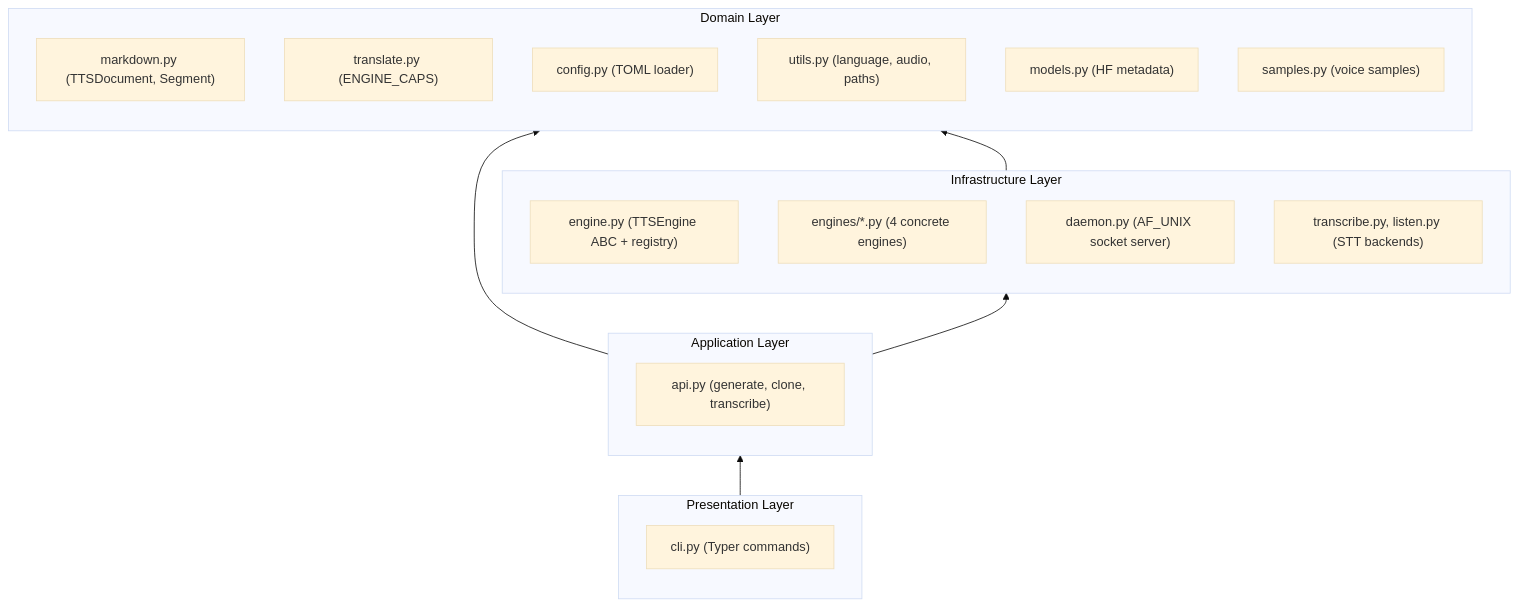
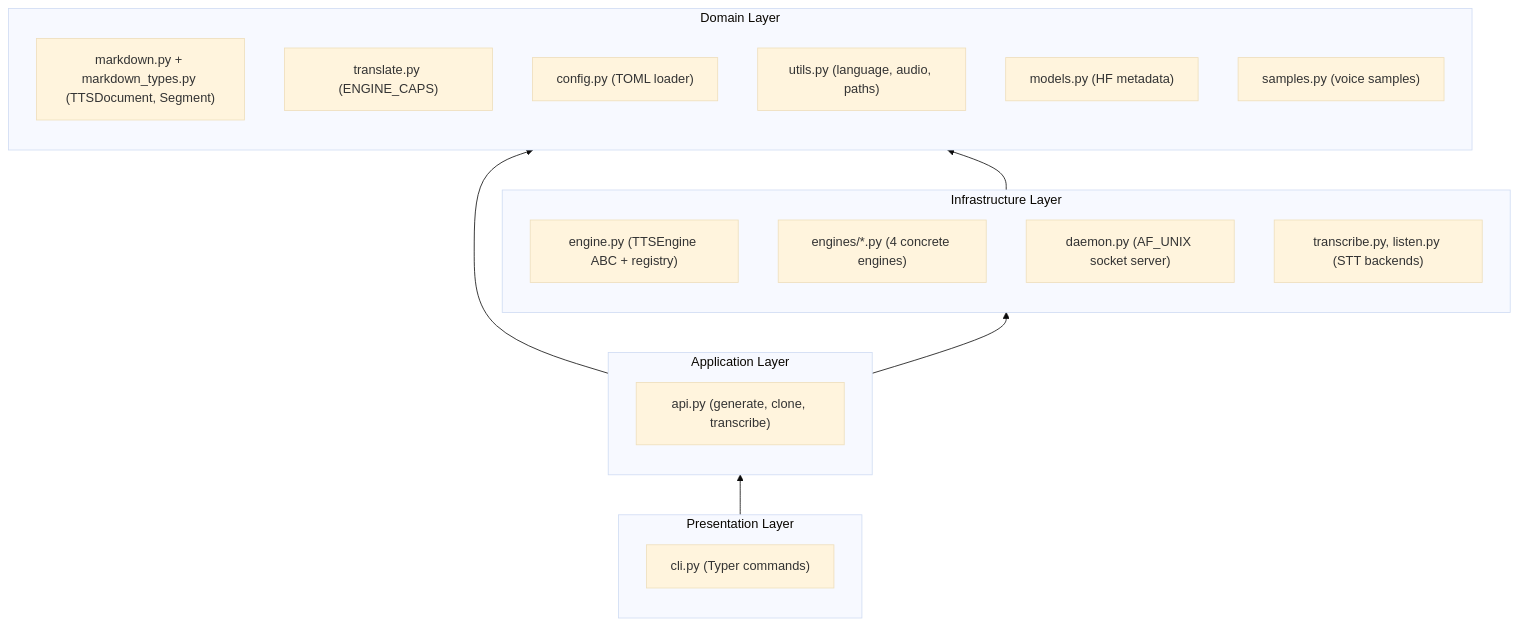
One commit to Roxabi/voiceCLI changed the first of 2 diagrams in docs/architecture/index.mdx. Above: the diagram before and after it, drawn with Mermaid (base theme). The commit also changed other lines of this file and 2 other files, not shown here.

First line of the commit message:
docs(markdown): sync architecture docs with markdown_types extraction

````diff
--- a/docs/architecture/index.mdx
+++ b/docs/architecture/index.mdx
@@ -52,28 +54,28 @@
 ```mermaid
 graph BT
   subgraph Presentation["Presentation Layer"]
     CLI["cli.py (Typer commands)"]
   end
   subgraph Application["Application Layer"]
     API["api.py (generate, clone, transcribe)"]
   end
   subgraph Domain["Domain Layer"]
-    MD["markdown.py (TTSDocument, Segment)"]
+    MD["markdown.py + markdown_types.py (TTSDocument, Segment)"]
     TR["translate.py (ENGINE_CAPS)"]
     CFG["config.py (TOML loader)"]
     UTL["utils.py (language, audio, paths)"]
     MOD["models.py (HF metadata)"]
     SAM["samples.py (voice samples)"]
   end
   subgraph Infrastructure["Infrastructure Layer"]
     ENG["engine.py (TTSEngine ABC + registry)"]
     ENGINES["engines/*.py (4 concrete engines)"]
     DAE["daemon.py (AF_UNIX socket server)"]
     STT["transcribe.py, listen.py (STT backends)"]
   end
 
   Presentation --> Application
   Application --> Domain
   Application --> Infrastructure
   Infrastructure --> Domain
 ```
````
